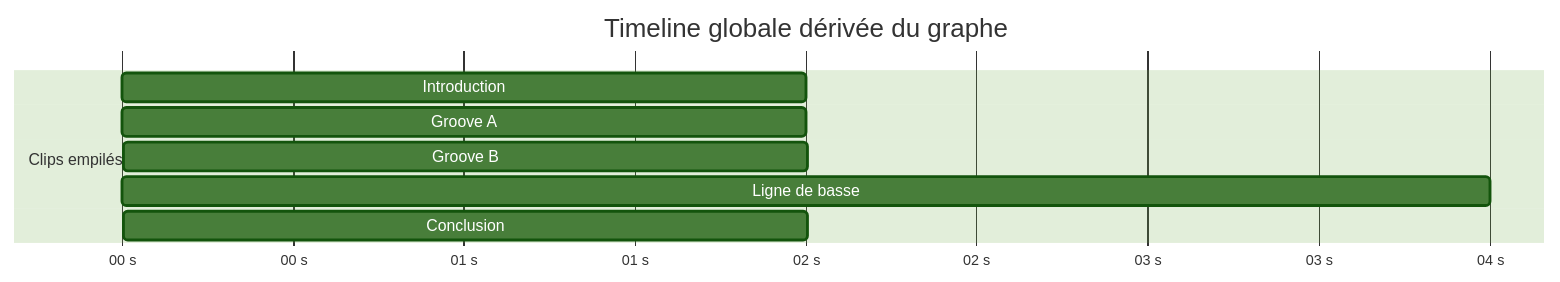
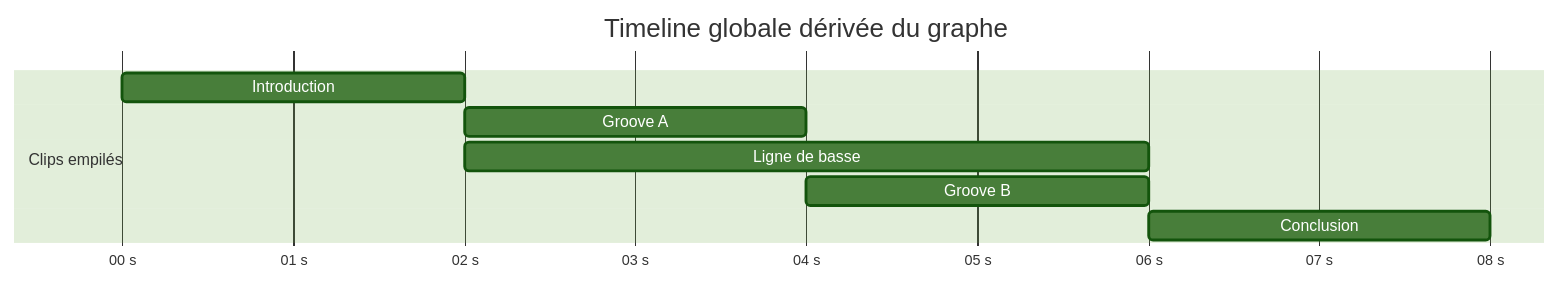
Before and after one commit to LucasBertrand/pianola-doc: the third of 3 diagrams in architecture.md, drawn with Mermaid (forest theme).

Commit message:
Correct temporal isolation in timeline diagram

````diff
--- a/architecture.md
+++ b/architecture.md
@@ -674,12 +674,12 @@
 ```mermaid
 gantt
     title Timeline globale dérivée du graphe
     dateFormat X
     axisFormat %S s
     section Clips empilés
     Introduction    :intro, 0, 2s
-    Groove A        :groove-a, 2, 2s
-    Groove B        :groove-b, 4, 2s
-    Ligne de basse  :basse, 2, 4s
-    Conclusion      :conclusion, 6, 2s
+    Groove A        :groove-a, after intro, 2s
+    Ligne de basse  :basse, after intro, 4s
+    Groove B        :groove-b, after groove-a, 2s
+    Conclusion      :conclusion, after groove-b, 2s
 ```
````
